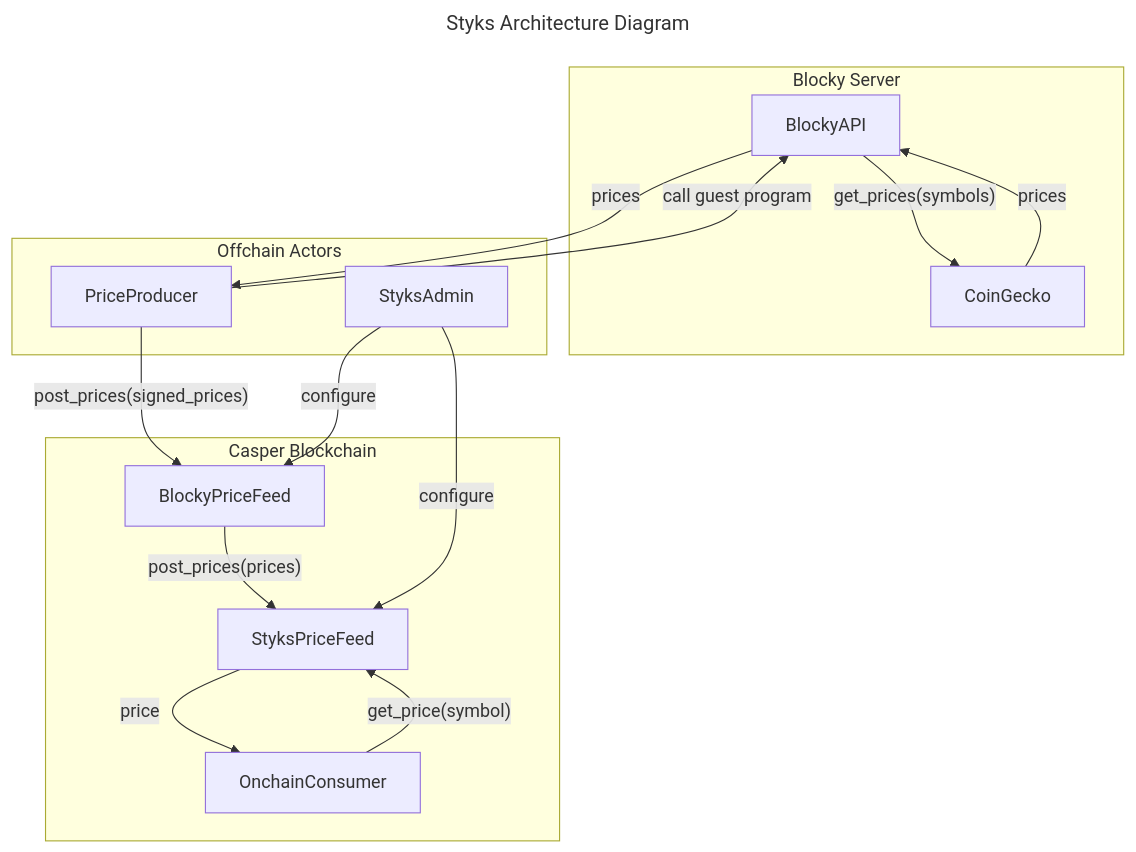
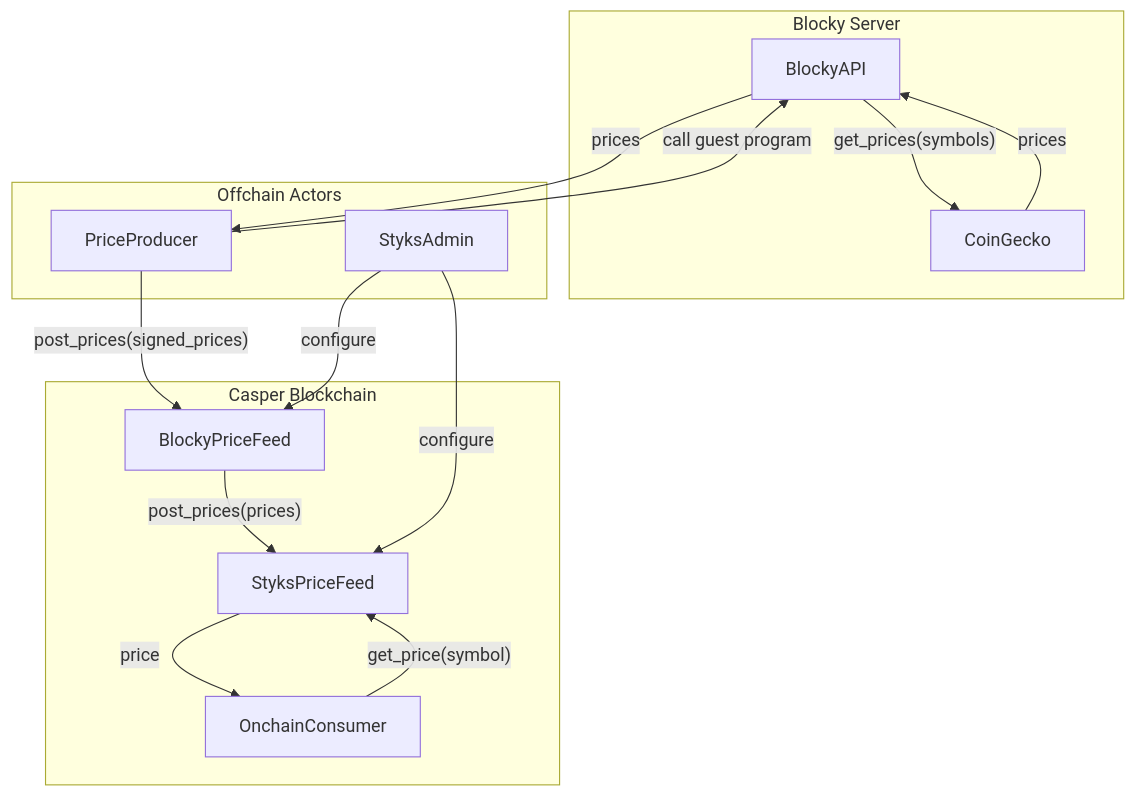
Before and after one commit to odradev/styks: the first of 2 diagrams in README.md, drawn with Mermaid. The commit also changed other lines of this file and 1 other file, not shown here.

````diff
--- a/README.md
+++ b/README.md
@@ -60,38 +60,35 @@
 ```mermaid
----
-title: Styks Architecture Diagram
----
 
 flowchart TB
     subgraph Blocky Server
       BlockyAPI
       CoinGecko
     end
 
     subgraph Offchain Actors
       PriceProducer
       StyksAdmin
     end
 
     subgraph Casper Blockchain
       OnchainConsumer
       BlockyPriceFeed
       StyksPriceFeed
     end
 
     %% Retrieve the latest price.
     OnchainConsumer -->|"get_price(symbol)"| StyksPriceFeed
     StyksPriceFeed -->|price| OnchainConsumer
 
     %% Bringing the price onchain using blocky.
     PriceProducer -->|"call guest program"| BlockyAPI
     BlockyAPI -->|"get_prices(symbols)"| CoinGecko
     CoinGecko -->|"prices"| BlockyAPI
     BlockyAPI -->|"prices"| PriceProducer
     PriceProducer -->|"post_prices(signed_prices)"| BlockyPriceFeed
     BlockyPriceFeed -->|"post_prices(prices)"| StyksPriceFeed
 
     %% Define price feeds.
     StyksAdmin -->|"configure"| StyksPriceFeed
     StyksAdmin -->|"configure"| BlockyPriceFeed
 ```
````
